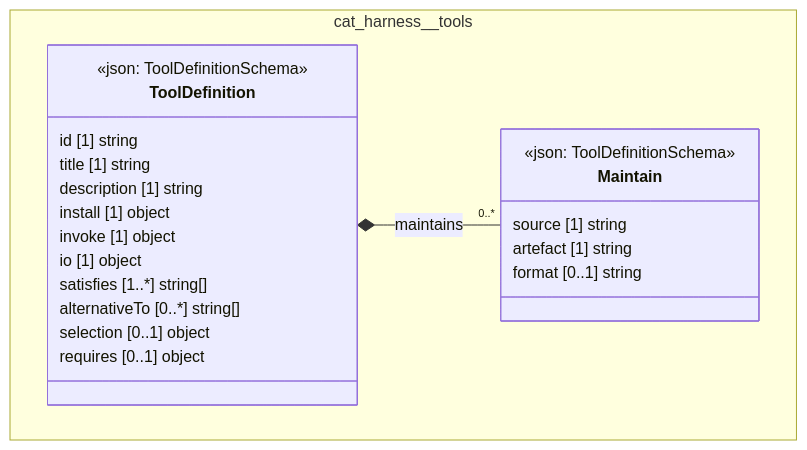
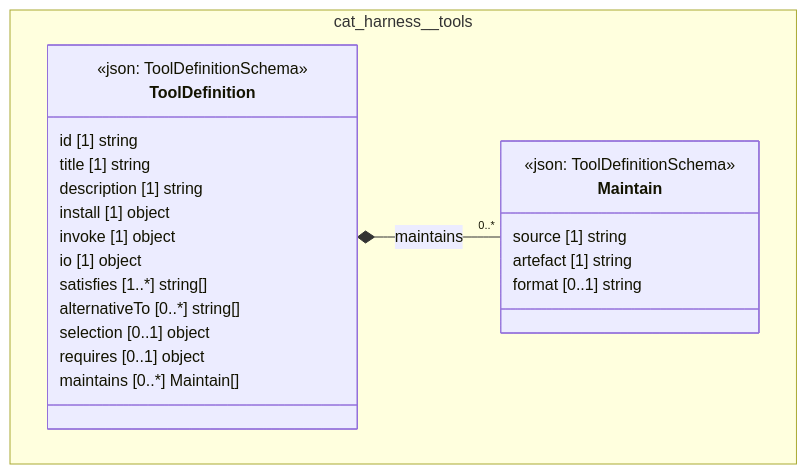
The diagram in cat-harness/docs/uml/overview/cat-harness/tools.md (litlfred/folio-assistant), drawn with Mermaid before and after one commit. The commit also changed 181 other files, not shown here.

First line of the commit message:
UML: full object model on the overview page; no empty class boxes

````diff
--- a/cat-harness/docs/uml/overview/cat-harness/tools.md
+++ b/cat-harness/docs/uml/overview/cat-harness/tools.md
@@ -29,28 +29,29 @@
 ```mermaid
 classDiagram
   direction TB
   namespace cat_harness__tools {
     class cat_harness_tools_Maintain["Maintain"] {
       <<json: ToolDefinitionSchema>>
       source [1] string
       artefact [1] string
       format [0..1] string
     }
     class cat_harness_tools_ToolDefinition["ToolDefinition"] {
       <<json: ToolDefinitionSchema>>
       id [1] string
       title [1] string
       description [1] string
       install [1] object
       invoke [1] object
       io [1] object
       satisfies [1..*] string[]
       alternativeTo [0..*] string[]
       selection [0..1] object
       requires [0..1] object
+      maintains [0..*] Maintain[]
     }
   }
   cat_harness_tools_ToolDefinition *-- "0..*" cat_harness_tools_Maintain : maintains
   cssClass "cat_harness_tools_Maintain" fa_uml_kind_tools
   cssClass "cat_harness_tools_ToolDefinition" fa_uml_kind_tools
 ```
````
